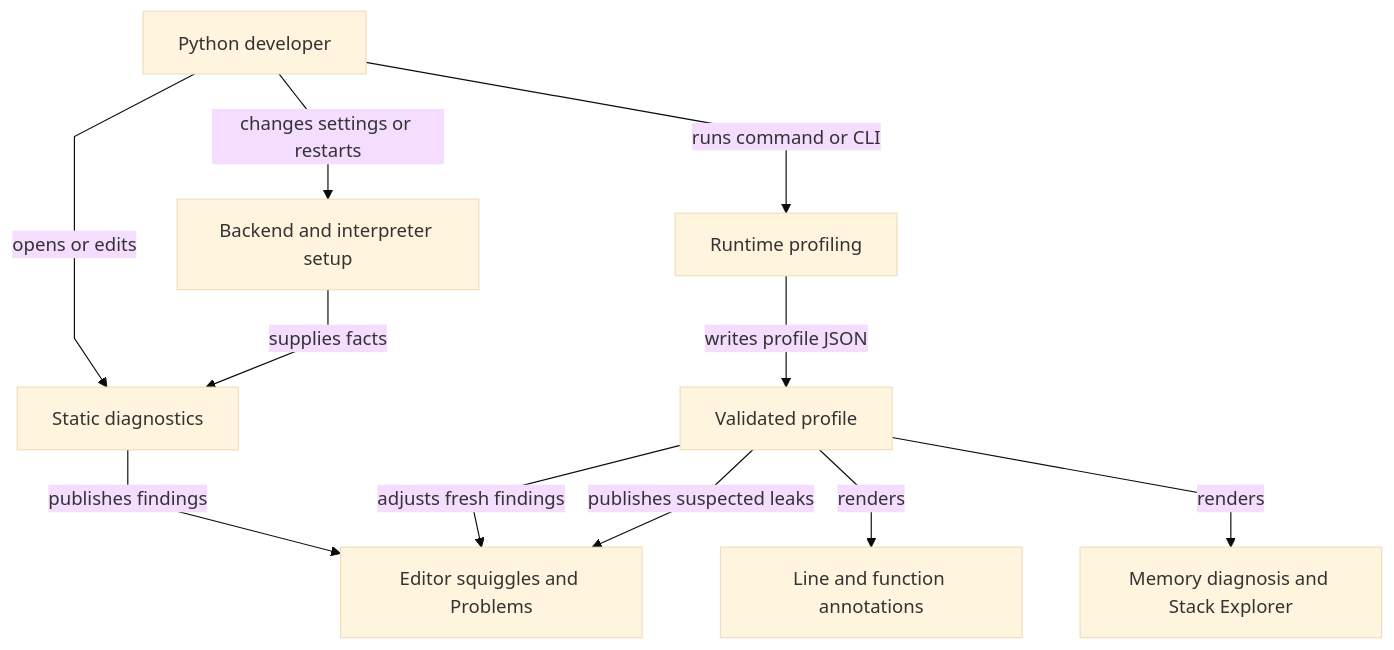
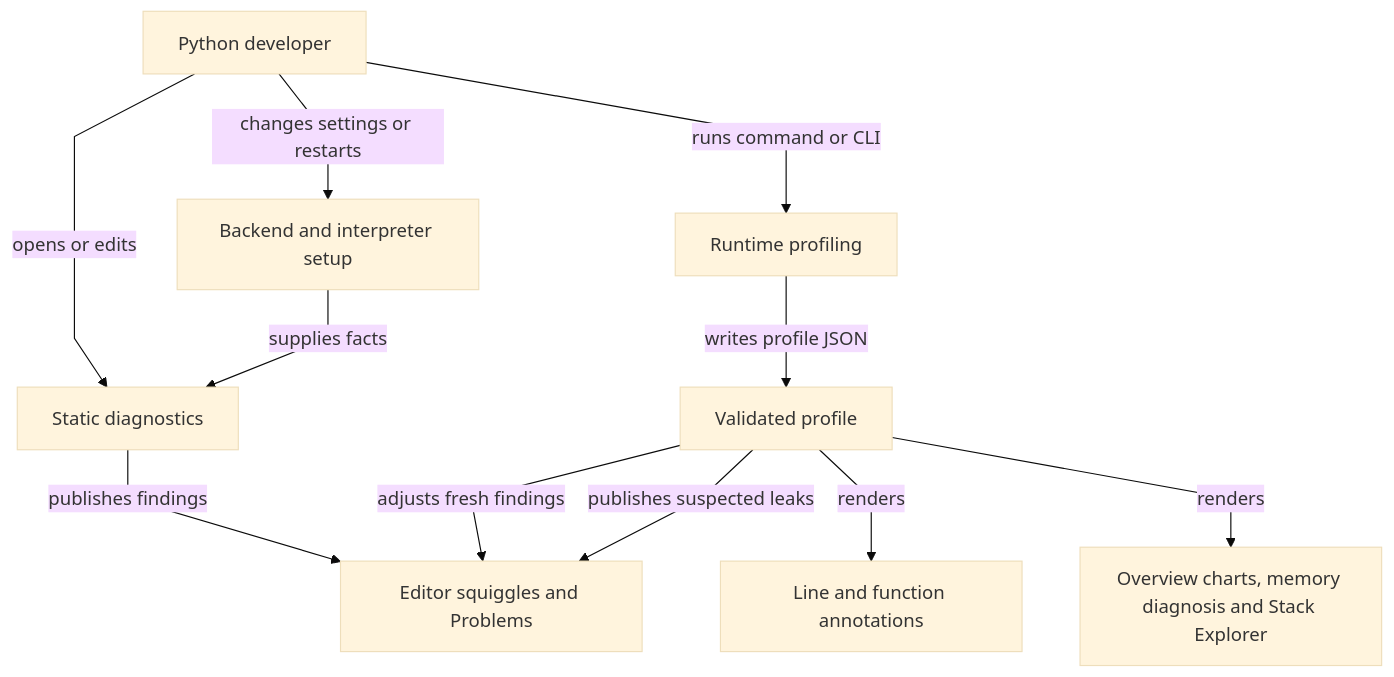
Before and after one commit to AashishTangnami/python-memory-guardian: the first of 15 diagrams in docs/feature-map.md, drawn with Mermaid (base theme). The commit also changed other lines of this file and 19 other files, not shown here.

````diff
--- a/docs/feature-map.md
+++ b/docs/feature-map.md
@@ -7,14 +7,14 @@
 ```mermaid
 %%{init: {"fontFamily":"Inter, ui-sans-serif, system-ui, sans-serif","flowchart":{"curve":"linear","nodeSpacing":50,"rankSpacing":60},"layout":"dagre"}}%%
 flowchart TD
     User["Python developer"] -->|opens or edits| Static["Static diagnostics"]
     User -->|runs command or CLI| Runtime["Runtime profiling"]
     User -->|changes settings or restarts| Setup["Backend and interpreter setup"]
     Setup -->|supplies facts| Static
     Static -->|publishes findings| Problems["Editor squiggles and Problems"]
     Runtime -->|writes profile JSON| Profile["Validated profile"]
     Profile -->|renders| Inline["Line and function annotations"]
     Profile -->|adjusts fresh findings| Problems
-    Profile -->|renders| Report["Memory diagnosis and Stack Explorer"]
+    Profile -->|renders| Report["Overview charts, memory diagnosis and Stack Explorer"]
     Profile -->|publishes suspected leaks| Problems
 ```
````
